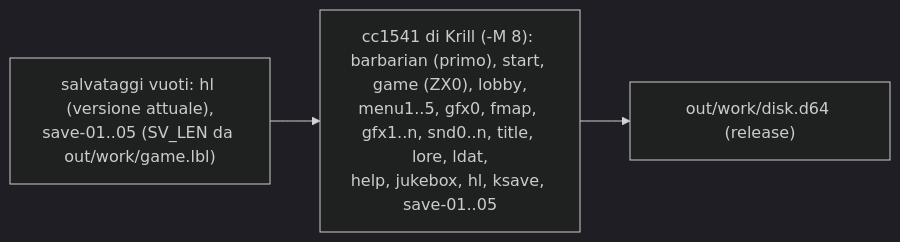
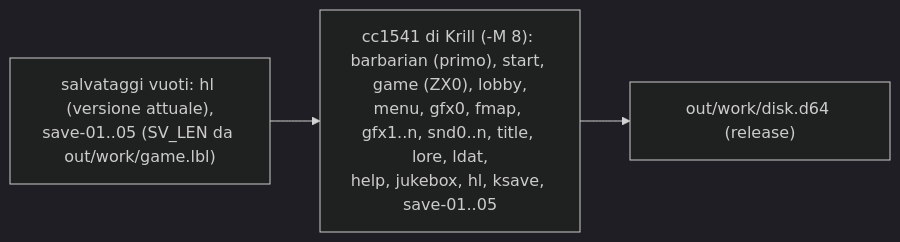
One commit to caporalesimone/barbarian-the-blood-path changed the third of 4 diagrams in docs/wiki/build.md. Above: the diagram before and after it, drawn with Mermaid (dark theme). The commit also changed 17 other files, not shown here.

````diff
--- a/docs/wiki/build.md
+++ b/docs/wiki/build.md
@@ -132,5 +132,5 @@
 ```mermaid
 flowchart LR
     SV["salvataggi vuoti: hl (versione attuale),<br/>save-01..05 (SV_LEN da out/work/game.lbl)"] --> W
-    W["cc1541 di Krill (-M 8): barbarian (primo), start, game (ZX0), lobby,<br/>menu1..5, gfx0, fmap, gfx1..n, snd0..n, title, lore, ldat,<br/>help, jukebox, hl, ksave, save-01..05"] --> DR["out/work/disk.d64 (release)"]
+    W["cc1541 di Krill (-M 8): barbarian (primo), start, game (ZX0), lobby,<br/>menu, gfx0, fmap, gfx1..n, snd0..n, title, lore, ldat,<br/>help, jukebox, hl, ksave, save-01..05"] --> DR["out/work/disk.d64 (release)"]
 ```
````
